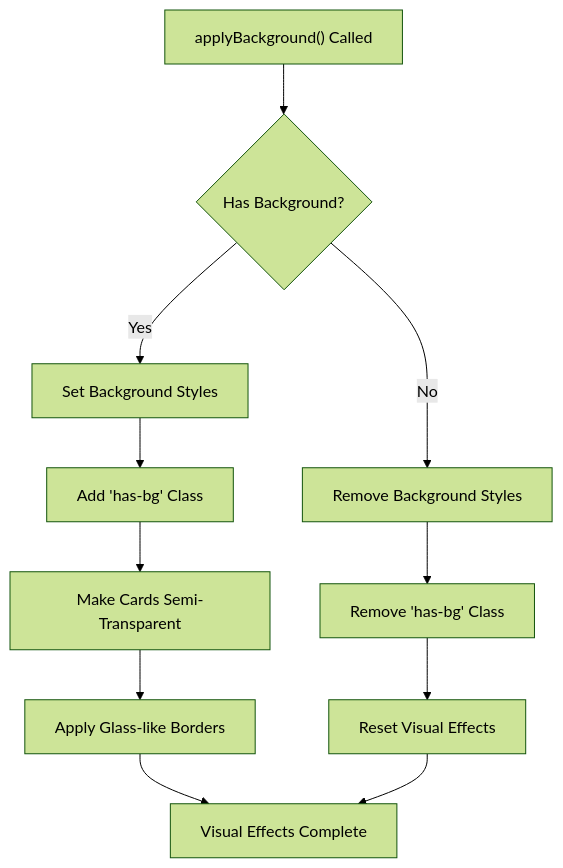
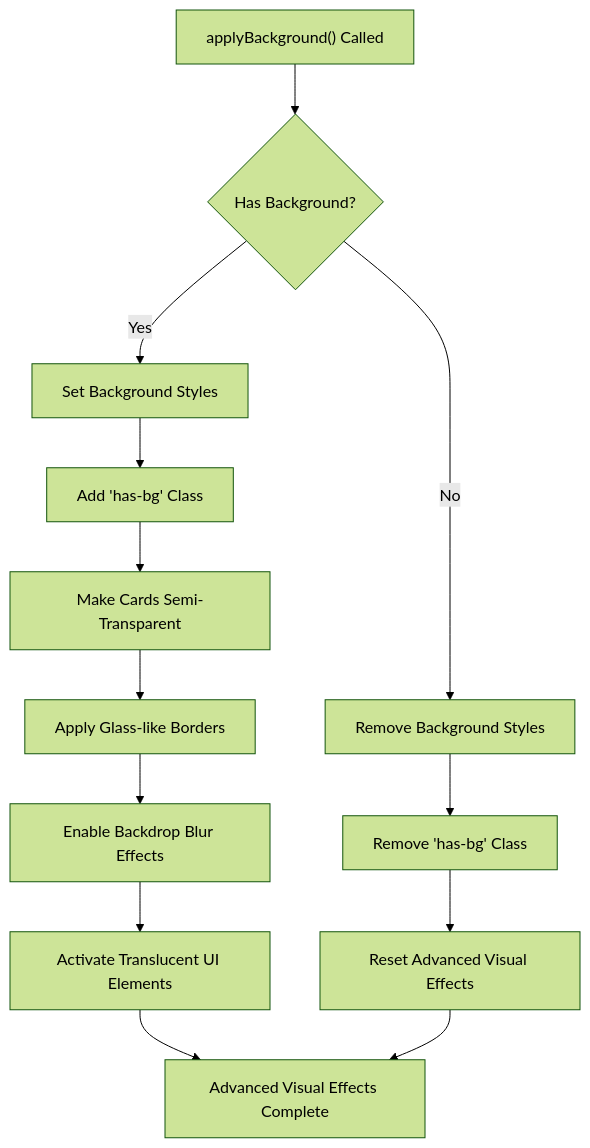
One commit to Nikita5543/New-SSO-02 changed diagram 11 of 13 in .qoder/repowiki/en/content/Per-User Background Image System.md. Above: the diagram before and after it, drawn with Mermaid (forest theme). The commit also changed other lines of this file and 3 other files, not shown here.

````diff
--- a/.qoder/repowiki/en/content/Per-User Background Image System.md
+++ b/.qoder/repowiki/en/content/Per-User Background Image System.md
@@ -435,13 +445,15 @@
 ```mermaid
 flowchart TD
 ApplyBG["applyBackground() Called"] --> CheckBG{"Has Background?"}
 CheckBG --> |Yes| SetStyles["Set Background Styles"]
 SetStyles --> AddClass["Add 'has-bg' Class"]
 AddClass --> TransparentCards["Make Cards Semi-Transparent"]
 TransparentCards --> GlassBorders["Apply Glass-like Borders"]
-GlassBorders --> EffectComplete["Visual Effects Complete"]
+GlassBorders --> BackdropBlur["Enable Backdrop Blur Effects"]
+BackdropBlur --> TranslucentElements["Activate Translucent UI Elements"]
+TranslucentElements --> EffectComplete["Advanced Visual Effects Complete"]
 CheckBG --> |No| RemoveStyles["Remove Background Styles"]
 RemoveStyles --> RemoveClass["Remove 'has-bg' Class"]
-RemoveClass --> ResetStyles["Reset Visual Effects"]
+RemoveClass --> ResetStyles["Reset Advanced Visual Effects"]
 ResetStyles --> EffectComplete
 ```
````
